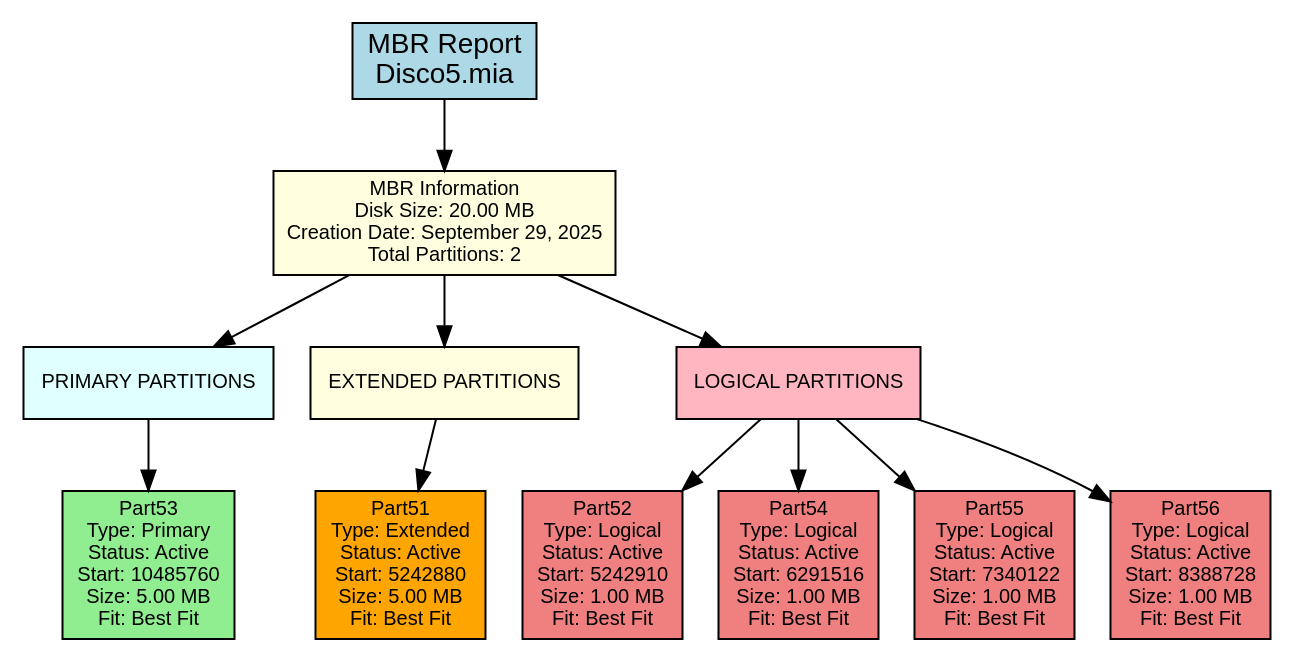
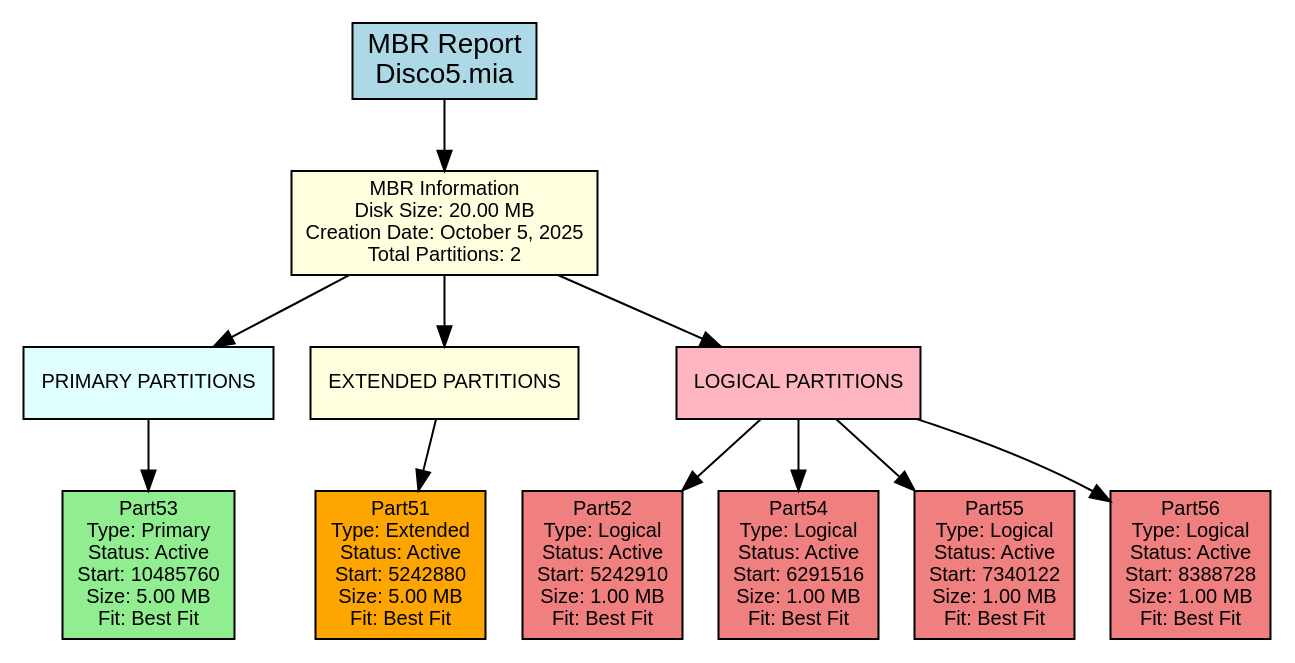
Before and after one commit to DiegVas/MIA_2S2025_P2_202300638: the diagram in backend/provider/reports/src/mbr_381C.dot, drawn with Graphviz. The commit also changed 17 other files, not shown here.

```diff
--- a/backend/provider/reports/src/mbr_381C.dot
+++ b/backend/provider/reports/src/mbr_381C.dot
@@ -1,34 +1,34 @@
 digraph MBR_Report {
     rankdir=TB;
     node [shape=box, style=filled];
     graph [fontname="Arial", fontsize=12];
     node [fontname="Arial", fontsize=10];
     edge [fontname="Arial"];
 
     title [label="MBR Report\nDisco5.mia", fillcolor=lightblue, fontsize=14];
 
-    mbr_info [label="MBR Information\nDisk Size: 20.00 MB\nCreation Date: September 29, 2025\nTotal Partitions: 2", fillcolor=lightyellow];
+    mbr_info [label="MBR Information\nDisk Size: 20.00 MB\nCreation Date: October 5, 2025\nTotal Partitions: 2", fillcolor=lightyellow];
 
     primary_section [label="PRIMARY PARTITIONS", shape=box, style=filled, fillcolor=lightcyan];
     primary_0 [label="Part53\nType: Primary\nStatus: Active\nStart: 10485760\nSize: 5.00 MB\nFit: Best Fit", fillcolor=lightgreen];
     primary_section -> primary_0;
 
     extended_section [label="EXTENDED PARTITIONS", shape=box, style=filled, fillcolor=lightyellow];
     extended_0 [label="Part51\nType: Extended\nStatus: Active\nStart: 5242880\nSize: 5.00 MB\nFit: Best Fit", fillcolor=orange];
     extended_section -> extended_0;
 
     logical_section [label="LOGICAL PARTITIONS", shape=box, style=filled, fillcolor=lightpink];
     logical_0 [label="Part52\nType: Logical\nStatus: Active\nStart: 5242910\nSize: 1.00 MB\nFit: Best Fit", fillcolor=lightcoral];
     logical_section -> logical_0;
     logical_1 [label="Part54\nType: Logical\nStatus: Active\nStart: 6291516\nSize: 1.00 MB\nFit: Best Fit", fillcolor=lightcoral];
     logical_section -> logical_1;
     logical_2 [label="Part55\nType: Logical\nStatus: Active\nStart: 7340122\nSize: 1.00 MB\nFit: Best Fit", fillcolor=lightcoral];
     logical_section -> logical_2;
     logical_3 [label="Part56\nType: Logical\nStatus: Active\nStart: 8388728\nSize: 1.00 MB\nFit: Best Fit", fillcolor=lightcoral];
     logical_section -> logical_3;
 
     title -> mbr_info;
     mbr_info -> primary_section;
     mbr_info -> extended_section;
     mbr_info -> logical_section;
 }
```
